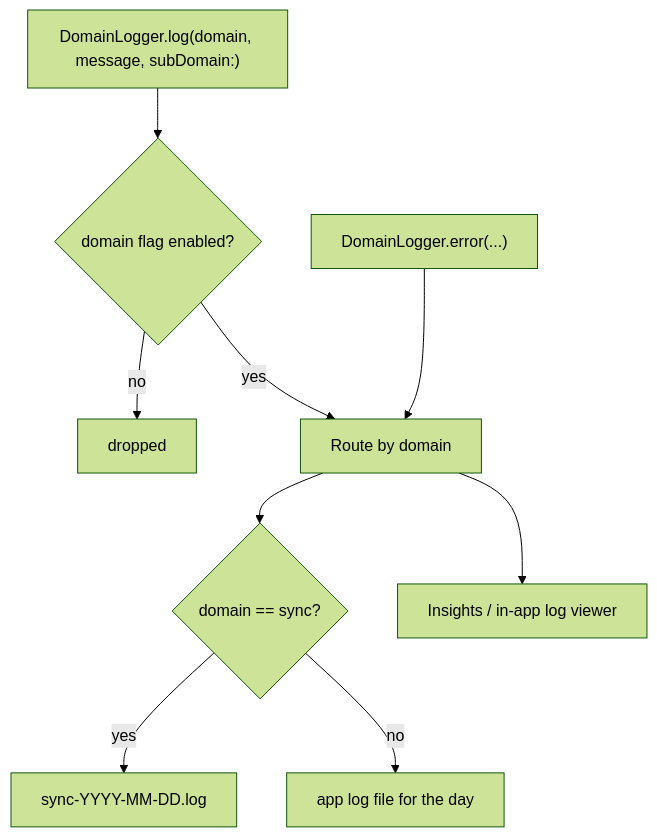
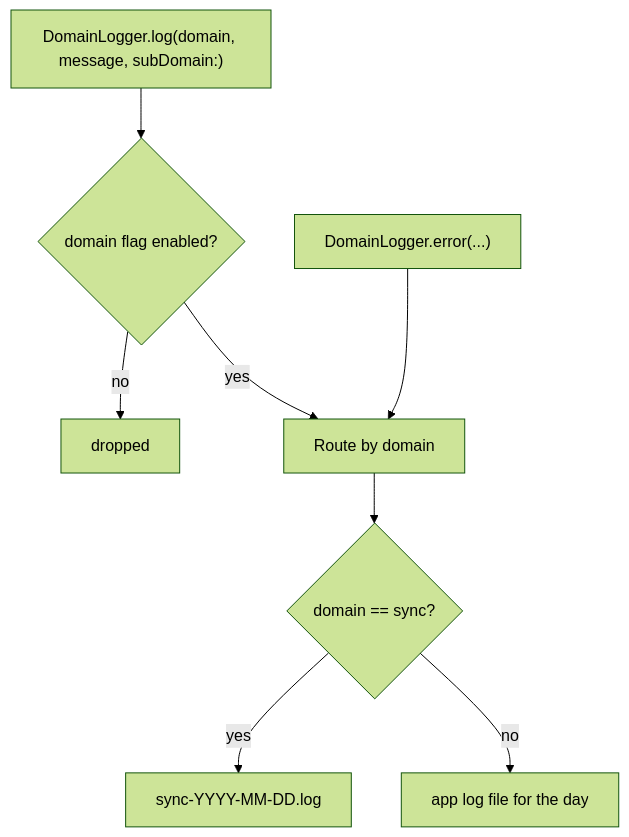
Before and after one commit to matthiasn/lotti: the diagram in knowledge/architecture/logging-and-diagnostics.md, drawn with Mermaid (forest theme). The commit also changed other lines of this file and 11 other files, not shown here.

````diff
--- a/knowledge/architecture/logging-and-diagnostics.md
+++ b/knowledge/architecture/logging-and-diagnostics.md
@@ -56,11 +56,10 @@
 ```mermaid
 flowchart TD
   Call["DomainLogger.log(domain, message, subDomain:)"] --> Enabled{"domain flag enabled?"}
   Enabled -->|no| Drop["dropped"]
   Enabled -->|yes| Route
   Err["DomainLogger.error(...)"] --> Route["Route by domain"]
   Route --> SyncFile{"domain == sync?"}
   SyncFile -->|yes| SyncLog["sync-YYYY-MM-DD.log"]
   SyncFile -->|no| MainLog["app log file for the day"]
-  Route --> Insights["Insights / in-app log viewer"]
 ```
````
